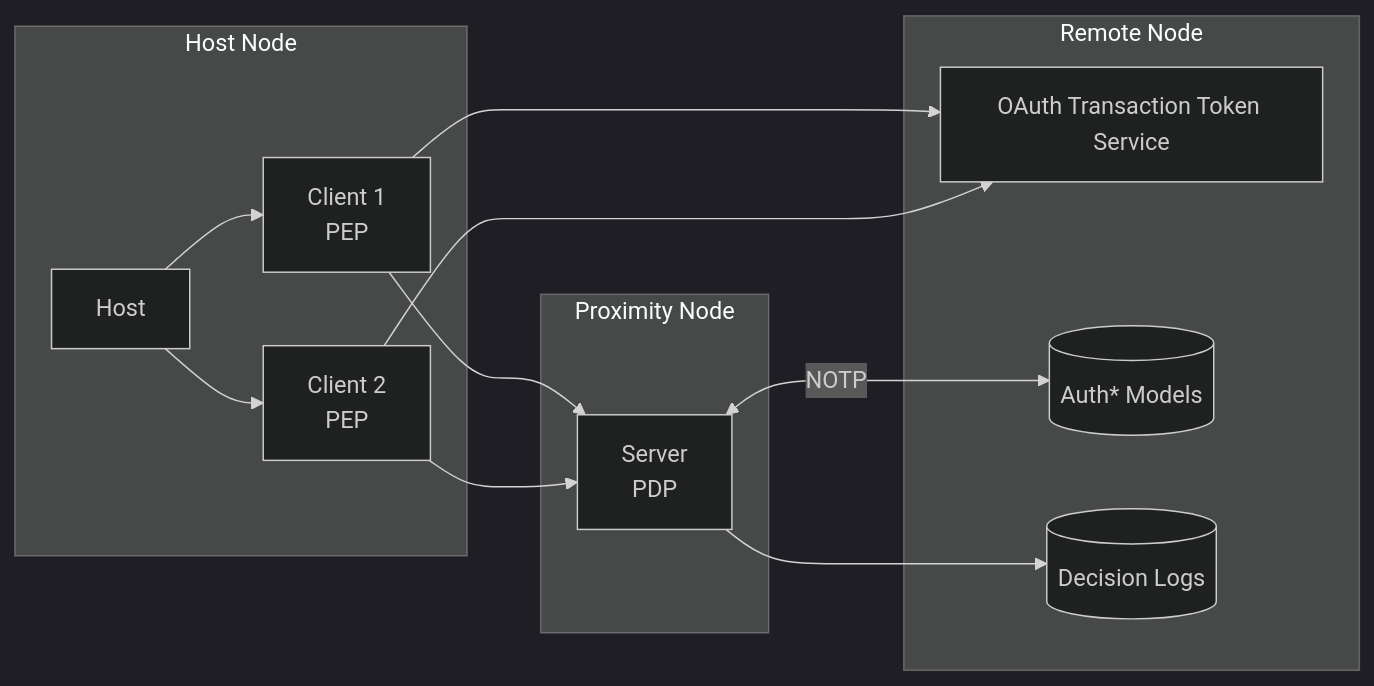
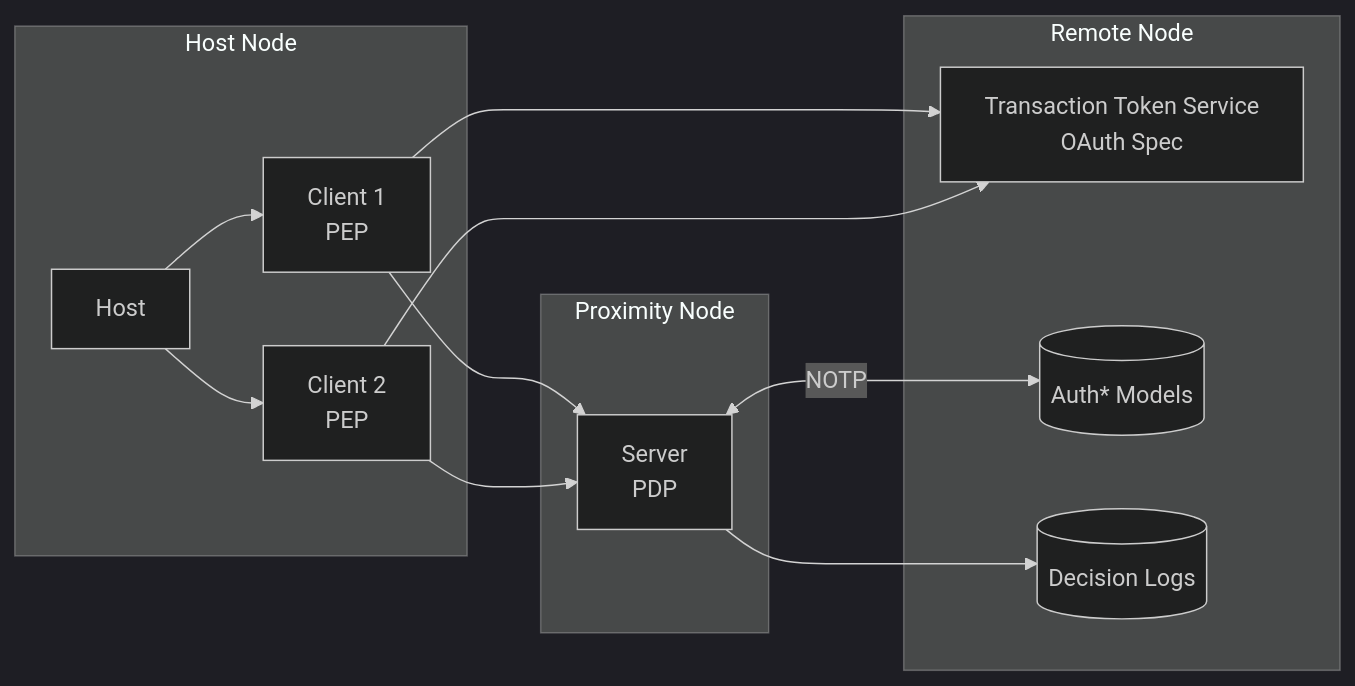
Before and after one commit to ztauthstar/ztauthstar: the first of 2 diagrams in content/openprotocolspec/2025-04-05/architecture/_index.md, drawn with Mermaid (dark theme). The commit also changed other lines of this file, not shown here.

Commit message:
refactor: docs: working on ztauth spec

````diff
--- a/content/openprotocolspec/2025-04-05/architecture/_index.md
+++ b/content/openprotocolspec/2025-04-05/architecture/_index.md
@@ -31,27 +31,27 @@
 ```mermaid
 graph LR
     subgraph "Host Node"
         H[Host]
         C1[Client 1 <br> PEP]
         C2[Client 2 <br> PEP]
         H --> C1
         H --> C2
     end
 
     subgraph "Proximity Node"
         S1[Server <br> PDP]
         C1 --> S1
         C2 --> S1
     end
 
     subgraph "Remote Node"
-        OTT["OAuth Transaction Token Service"]
+        TTS["Transaction Token Service <br> OAuth Spec"]
         MR[("Auth* Models")]
         DL[(Decision Logs)]
 
-        C1 --> OTT
-        C2 --> OTT
+        C1 --> TTS
+        C2 --> TTS
         S1 <-- "NOTP" --> MR
         S1 --> DL
     end
 ```
````
